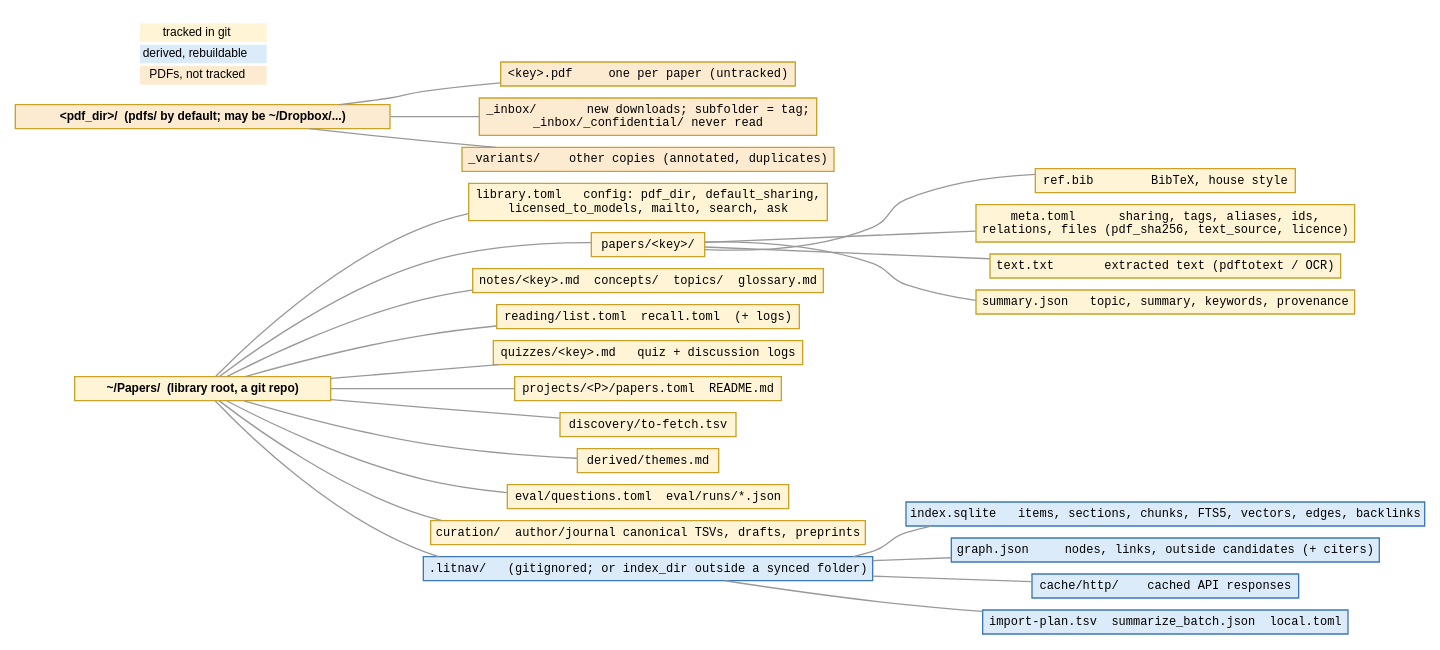
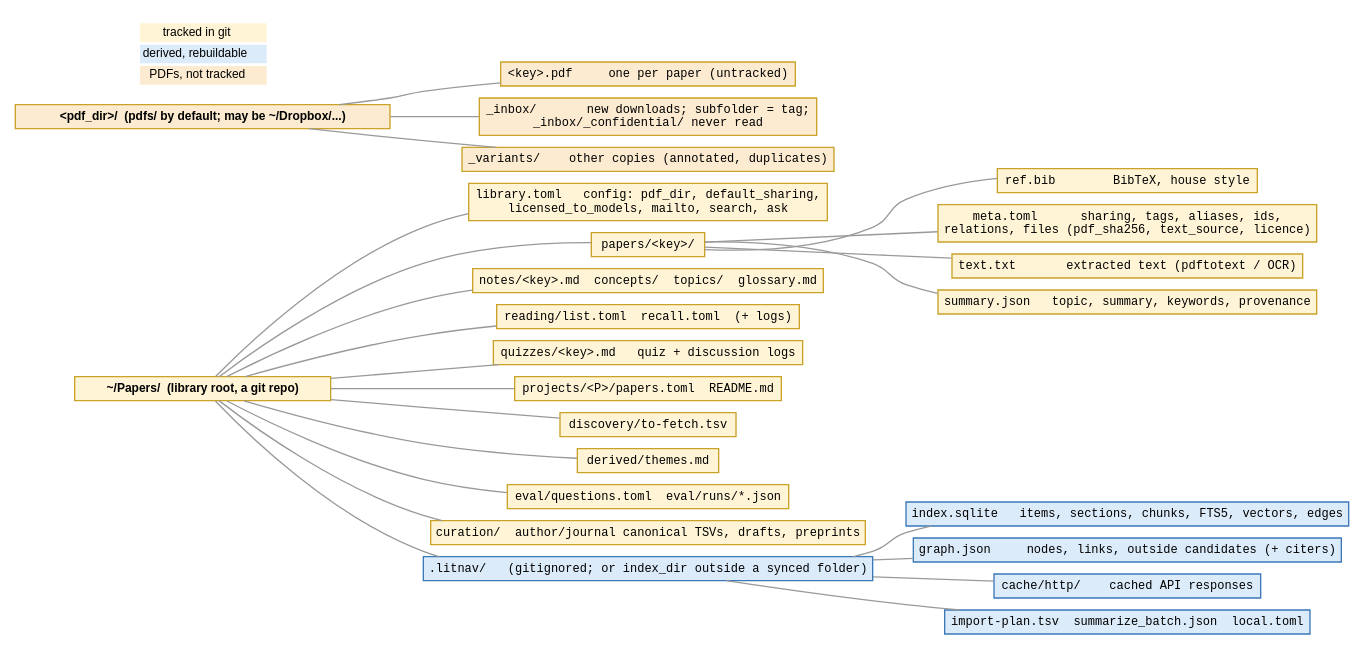
One commit to markmuetz/litnav changed the diagram in docs/architecture/diagrams/storage.dot. Above: the diagram before and after it, drawn with Graphviz. The commit also changed 28 other files, not shown here.

```diff
--- a/docs/architecture/diagrams/storage.dot
+++ b/docs/architecture/diagrams/storage.dot
@@ -1,36 +1,36 @@
 digraph G {
   graph [rankdir=LR, fontname="Helvetica", fontsize=11, nodesep=0.12, ranksep=0.35];
   node  [fontname="Courier", fontsize=9, shape=box, style="filled", fillcolor="#FFF4D6", color="#C9A227", height=0.25];
   edge  [color="#999999", arrowhead=none];
   root [label="~/Papers/  (library root, a git repo)", fontname="Helvetica-Bold"];
   lt   [label="library.toml   config: pdf_dir, default_sharing,\nlicensed_to_models, mailto, search, ask"];
   papers [label="papers/<key>/"];
   bibf [label="ref.bib        BibTeX, house style"];
   metaf [label="meta.toml      sharing, tags, aliases, ids,\nrelations, files (pdf_sha256, text_source, licence)"];
   textf [label="text.txt       extracted text (pdftotext / OCR)"];
   summf [label="summary.json   topic, summary, keywords, provenance"];
   notes [label="notes/<key>.md  concepts/  topics/  glossary.md"];
   readd [label="reading/list.toml  recall.toml  (+ logs)"];
   quiz  [label="quizzes/<key>.md   quiz + discussion logs"];
   proj  [label="projects/<P>/papers.toml  README.md"];
   disc  [label="discovery/to-fetch.tsv"];
   der   [label="derived/themes.md"];
   ev    [label="eval/questions.toml  eval/runs/*.json"];
   cur   [label="curation/  author/journal canonical TSVs, drafts, preprints"];
   st    [label=".litnav/   (gitignored; or index_dir outside a synced folder)", fillcolor="#DCEBFA", color="#3B78B8"];
-  sq    [label="index.sqlite   items, sections, chunks, FTS5, vectors, edges, backlinks", fillcolor="#DCEBFA", color="#3B78B8"];
+  sq    [label="index.sqlite   items, sections, chunks, FTS5, vectors, edges", fillcolor="#DCEBFA", color="#3B78B8"];
   gj    [label="graph.json     nodes, links, outside candidates (+ citers)", fillcolor="#DCEBFA", color="#3B78B8"];
   ca    [label="cache/http/    cached API responses", fillcolor="#DCEBFA", color="#3B78B8"];
   ip    [label="import-plan.tsv  summarize_batch.json  local.toml", fillcolor="#DCEBFA", color="#3B78B8"];
   pd    [label="<pdf_dir>/  (pdfs/ by default; may be ~/Dropbox/...)", fontname="Helvetica-Bold", fillcolor="#FCEBD0"];
   p1    [label="<key>.pdf     one per paper (untracked)", fillcolor="#FCEBD0"];
   p2    [label="_inbox/       new downloads; subfolder = tag;\n_inbox/_confidential/ never read", fillcolor="#FCEBD0"];
   p3    [label="_variants/    other copies (annotated, duplicates)", fillcolor="#FCEBD0"];
   root -> {lt papers notes readd quiz proj disc der ev cur st};
   papers -> {bibf metaf textf summf};
   st -> {sq gj ca ip};
   pd -> {p1 p2 p3};
   legend [shape=plaintext, fillcolor="white", fontname="Helvetica", label=<
     <TABLE BORDER="0" CELLSPACING="2"><TR><TD BGCOLOR="#FFF4D6">tracked in git</TD></TR>
     <TR><TD BGCOLOR="#DCEBFA">derived, rebuildable</TD></TR><TR><TD BGCOLOR="#FCEBD0">PDFs, not tracked</TD></TR></TABLE>>];
 }
```
